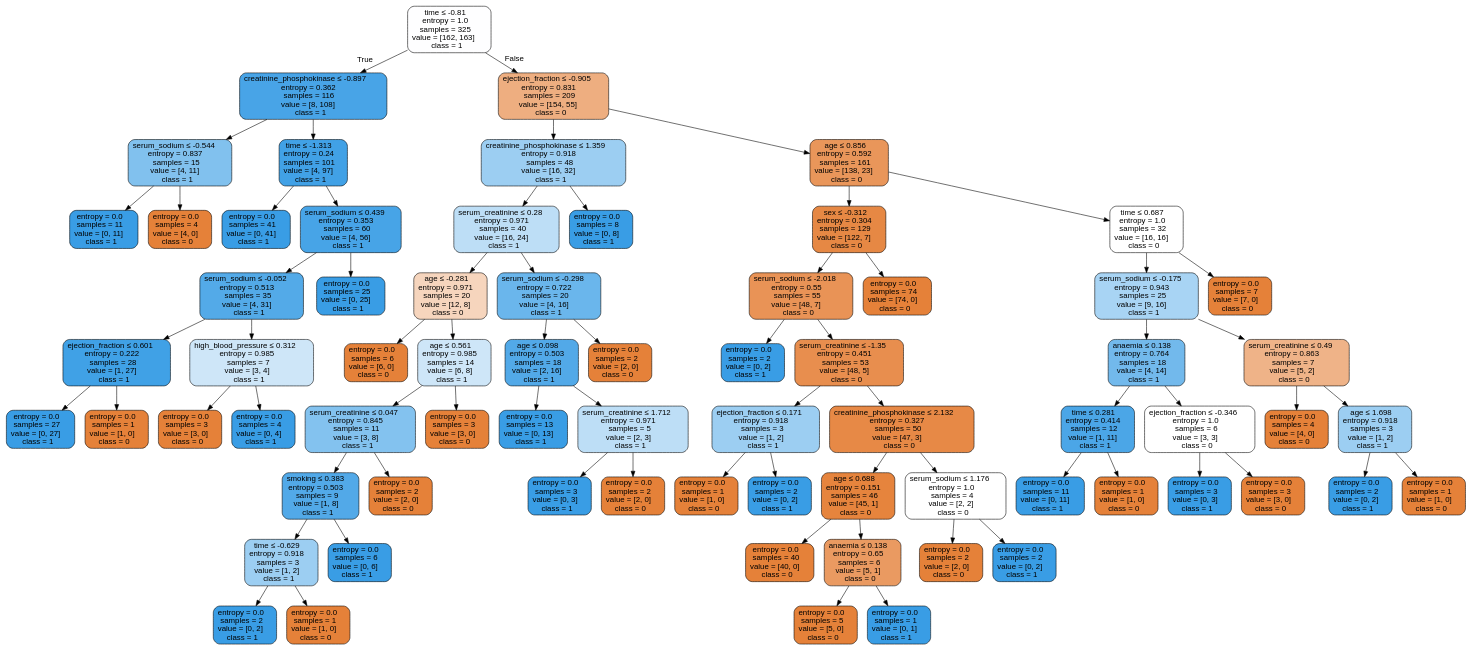
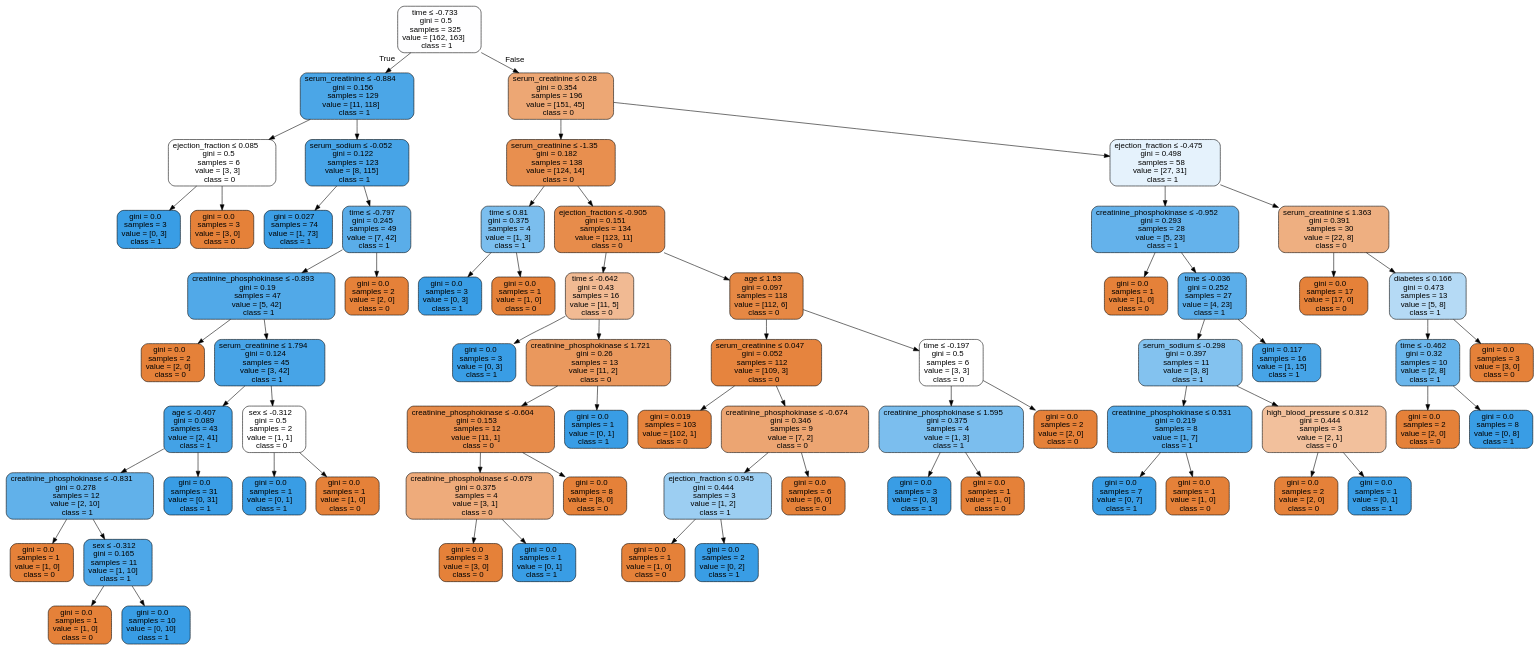
One commit to isabelSoares/CD-2021 changed the diagram in Labs/Results/DecisionTrees/FeatureEng/OverSample/HFCR - OverSample - dtree.dot. Above: the diagram before and after it, drawn with Graphviz. The commit also changed 43 other files, not shown here.

```diff
--- a/Labs/Results/DecisionTrees/FeatureEng/OverSample/HFCR - OverSample - dtree.dot
+++ b/Labs/Results/DecisionTrees/FeatureEng/OverSample/HFCR - OverSample - dtree.dot
@@ -1,145 +1,141 @@
 digraph Tree {
 node [shape=box, style="filled, rounded", color="black", fontname=helvetica] ;
 edge [fontname=helvetica] ;
-0 [label=<time &le; -0.81<br/>entropy = 1.0<br/>samples = 325<br/>value = [162, 163]<br/>class = 1>, fillcolor="#fefeff"] ;
-1 [label=<creatinine_phosphokinase &le; -0.897<br/>entropy = 0.362<br/>samples = 116<br/>value = [8, 108]<br/>class = 1>, fillcolor="#48a4e7"] ;
+0 [label=<time &le; -0.733<br/>gini = 0.5<br/>samples = 325<br/>value = [162, 163]<br/>class = 1>, fillcolor="#fefeff"] ;
+1 [label=<serum_creatinine &le; -0.884<br/>gini = 0.156<br/>samples = 129<br/>value = [11, 118]<br/>class = 1>, fillcolor="#4ba6e7"] ;
 0 -> 1 [labeldistance=2.5, labelangle=45, headlabel="True"] ;
-2 [label=<serum_sodium &le; -0.544<br/>entropy = 0.837<br/>samples = 15<br/>value = [4, 11]<br/>class = 1>, fillcolor="#81c1ee"] ;
+2 [label=<ejection_fraction &le; 0.085<br/>gini = 0.5<br/>samples = 6<br/>value = [3, 3]<br/>class = 0>, fillcolor="#ffffff"] ;
 1 -> 2 ;
-3 [label=<entropy = 0.0<br/>samples = 11<br/>value = [0, 11]<br/>class = 1>, fillcolor="#399de5"] ;
+3 [label=<gini = 0.0<br/>samples = 3<br/>value = [0, 3]<br/>class = 1>, fillcolor="#399de5"] ;
 2 -> 3 ;
-4 [label=<entropy = 0.0<br/>samples = 4<br/>value = [4, 0]<br/>class = 0>, fillcolor="#e58139"] ;
+4 [label=<gini = 0.0<br/>samples = 3<br/>value = [3, 0]<br/>class = 0>, fillcolor="#e58139"] ;
 2 -> 4 ;
-5 [label=<time &le; -1.313<br/>entropy = 0.24<br/>samples = 101<br/>value = [4, 97]<br/>class = 1>, fillcolor="#41a1e6"] ;
+5 [label=<serum_sodium &le; -0.052<br/>gini = 0.122<br/>samples = 123<br/>value = [8, 115]<br/>class = 1>, fillcolor="#47a4e7"] ;
 1 -> 5 ;
-6 [label=<entropy = 0.0<br/>samples = 41<br/>value = [0, 41]<br/>class = 1>, fillcolor="#399de5"] ;
+6 [label=<gini = 0.027<br/>samples = 74<br/>value = [1, 73]<br/>class = 1>, fillcolor="#3c9ee5"] ;
 5 -> 6 ;
-7 [label=<serum_sodium &le; 0.439<br/>entropy = 0.353<br/>samples = 60<br/>value = [4, 56]<br/>class = 1>, fillcolor="#47a4e7"] ;
+7 [label=<time &le; -0.797<br/>gini = 0.245<br/>samples = 49<br/>value = [7, 42]<br/>class = 1>, fillcolor="#5aade9"] ;
 5 -> 7 ;
-8 [label=<serum_sodium &le; -0.052<br/>entropy = 0.513<br/>samples = 35<br/>value = [4, 31]<br/>class = 1>, fillcolor="#53aae8"] ;
+8 [label=<creatinine_phosphokinase &le; -0.893<br/>gini = 0.19<br/>samples = 47<br/>value = [5, 42]<br/>class = 1>, fillcolor="#51a9e8"] ;
 7 -> 8 ;
-9 [label=<ejection_fraction &le; 0.601<br/>entropy = 0.222<br/>samples = 28<br/>value = [1, 27]<br/>class = 1>, fillcolor="#40a1e6"] ;
+9 [label=<gini = 0.0<br/>samples = 2<br/>value = [2, 0]<br/>class = 0>, fillcolor="#e58139"] ;
 8 -> 9 ;
-10 [label=<entropy = 0.0<br/>samples = 27<br/>value = [0, 27]<br/>class = 1>, fillcolor="#399de5"] ;
-9 -> 10 ;
-11 [label=<entropy = 0.0<br/>samples = 1<br/>value = [1, 0]<br/>class = 0>, fillcolor="#e58139"] ;
-9 -> 11 ;
-12 [label=<high_blood_pressure &le; 0.312<br/>entropy = 0.985<br/>samples = 7<br/>value = [3, 4]<br/>class = 1>, fillcolor="#cee6f8"] ;
-8 -> 12 ;
-13 [label=<entropy = 0.0<br/>samples = 3<br/>value = [3, 0]<br/>class = 0>, fillcolor="#e58139"] ;
+10 [label=<serum_creatinine &le; 1.794<br/>gini = 0.124<br/>samples = 45<br/>value = [3, 42]<br/>class = 1>, fillcolor="#47a4e7"] ;
+8 -> 10 ;
+11 [label=<age &le; -0.407<br/>gini = 0.089<br/>samples = 43<br/>value = [2, 41]<br/>class = 1>, fillcolor="#43a2e6"] ;
+10 -> 11 ;
+12 [label=<creatinine_phosphokinase &le; -0.831<br/>gini = 0.278<br/>samples = 12<br/>value = [2, 10]<br/>class = 1>, fillcolor="#61b1ea"] ;
+11 -> 12 ;
+13 [label=<gini = 0.0<br/>samples = 1<br/>value = [1, 0]<br/>class = 0>, fillcolor="#e58139"] ;
 12 -> 13 ;
-14 [label=<entropy = 0.0<br/>samples = 4<br/>value = [0, 4]<br/>class = 1>, fillcolor="#399de5"] ;
+14 [label=<sex &le; -0.312<br/>gini = 0.165<br/>samples = 11<br/>value = [1, 10]<br/>class = 1>, fillcolor="#4da7e8"] ;
 12 -> 14 ;
-15 [label=<entropy = 0.0<br/>samples = 25<br/>value = [0, 25]<br/>class = 1>, fillcolor="#399de5"] ;
-7 -> 15 ;
-16 [label=<ejection_fraction &le; -0.905<br/>entropy = 0.831<br/>samples = 209<br/>value = [154, 55]<br/>class = 0>, fillcolor="#eeae80"] ;
-0 -> 16 [labeldistance=2.5, labelangle=-45, headlabel="False"] ;
-17 [label=<creatinine_phosphokinase &le; 1.359<br/>entropy = 0.918<br/>samples = 48<br/>value = [16, 32]<br/>class = 1>, fillcolor="#9ccef2"] ;
-16 -> 17 ;
-18 [label=<serum_creatinine &le; 0.28<br/>entropy = 0.971<br/>samples = 40<br/>value = [16, 24]<br/>class = 1>, fillcolor="#bddef6"] ;
-17 -> 18 ;
-19 [label=<age &le; -0.281<br/>entropy = 0.971<br/>samples = 20<br/>value = [12, 8]<br/>class = 0>, fillcolor="#f6d5bd"] ;
+15 [label=<gini = 0.0<br/>samples = 1<br/>value = [1, 0]<br/>class = 0>, fillcolor="#e58139"] ;
+14 -> 15 ;
+16 [label=<gini = 0.0<br/>samples = 10<br/>value = [0, 10]<br/>class = 1>, fillcolor="#399de5"] ;
+14 -> 16 ;
+17 [label=<gini = 0.0<br/>samples = 31<br/>value = [0, 31]<br/>class = 1>, fillcolor="#399de5"] ;
+11 -> 17 ;
+18 [label=<sex &le; -0.312<br/>gini = 0.5<br/>samples = 2<br/>value = [1, 1]<br/>class = 0>, fillcolor="#ffffff"] ;
+10 -> 18 ;
+19 [label=<gini = 0.0<br/>samples = 1<br/>value = [0, 1]<br/>class = 1>, fillcolor="#399de5"] ;
 18 -> 19 ;
-20 [label=<entropy = 0.0<br/>samples = 6<br/>value = [6, 0]<br/>class = 0>, fillcolor="#e58139"] ;
-19 -> 20 ;
-21 [label=<age &le; 0.561<br/>entropy = 0.985<br/>samples = 14<br/>value = [6, 8]<br/>class = 1>, fillcolor="#cee6f8"] ;
-19 -> 21 ;
-22 [label=<serum_creatinine &le; 0.047<br/>entropy = 0.845<br/>samples = 11<br/>value = [3, 8]<br/>class = 1>, fillcolor="#83c2ef"] ;
-21 -> 22 ;
-23 [label=<smoking &le; 0.383<br/>entropy = 0.503<br/>samples = 9<br/>value = [1, 8]<br/>class = 1>, fillcolor="#52a9e8"] ;
+20 [label=<gini = 0.0<br/>samples = 1<br/>value = [1, 0]<br/>class = 0>, fillcolor="#e58139"] ;
+18 -> 20 ;
+21 [label=<gini = 0.0<br/>samples = 2<br/>value = [2, 0]<br/>class = 0>, fillcolor="#e58139"] ;
+7 -> 21 ;
+22 [label=<serum_creatinine &le; 0.28<br/>gini = 0.354<br/>samples = 196<br/>value = [151, 45]<br/>class = 0>, fillcolor="#eda774"] ;
+0 -> 22 [labeldistance=2.5, labelangle=-45, headlabel="False"] ;
+23 [label=<serum_creatinine &le; -1.35<br/>gini = 0.182<br/>samples = 138<br/>value = [124, 14]<br/>class = 0>, fillcolor="#e88f4f"] ;
 22 -> 23 ;
-24 [label=<time &le; -0.629<br/>entropy = 0.918<br/>samples = 3<br/>value = [1, 2]<br/>class = 1>, fillcolor="#9ccef2"] ;
+24 [label=<time &le; 0.81<br/>gini = 0.375<br/>samples = 4<br/>value = [1, 3]<br/>class = 1>, fillcolor="#7bbeee"] ;
 23 -> 24 ;
-25 [label=<entropy = 0.0<br/>samples = 2<br/>value = [0, 2]<br/>class = 1>, fillcolor="#399de5"] ;
+25 [label=<gini = 0.0<br/>samples = 3<br/>value = [0, 3]<br/>class = 1>, fillcolor="#399de5"] ;
 24 -> 25 ;
-26 [label=<entropy = 0.0<br/>samples = 1<br/>value = [1, 0]<br/>class = 0>, fillcolor="#e58139"] ;
+26 [label=<gini = 0.0<br/>samples = 1<br/>value = [1, 0]<br/>class = 0>, fillcolor="#e58139"] ;
 24 -> 26 ;
-27 [label=<entropy = 0.0<br/>samples = 6<br/>value = [0, 6]<br/>class = 1>, fillcolor="#399de5"] ;
+27 [label=<ejection_fraction &le; -0.905<br/>gini = 0.151<br/>samples = 134<br/>value = [123, 11]<br/>class = 0>, fillcolor="#e78c4b"] ;
 23 -> 27 ;
-28 [label=<entropy = 0.0<br/>samples = 2<br/>value = [2, 0]<br/>class = 0>, fillcolor="#e58139"] ;
-22 -> 28 ;
-29 [label=<entropy = 0.0<br/>samples = 3<br/>value = [3, 0]<br/>class = 0>, fillcolor="#e58139"] ;
-21 -> 29 ;
-30 [label=<serum_sodium &le; -0.298<br/>entropy = 0.722<br/>samples = 20<br/>value = [4, 16]<br/>class = 1>, fillcolor="#6ab6ec"] ;
-18 -> 30 ;
-31 [label=<age &le; 0.098<br/>entropy = 0.503<br/>samples = 18<br/>value = [2, 16]<br/>class = 1>, fillcolor="#52a9e8"] ;
+28 [label=<time &le; -0.642<br/>gini = 0.43<br/>samples = 16<br/>value = [11, 5]<br/>class = 0>, fillcolor="#f1ba93"] ;
+27 -> 28 ;
+29 [label=<gini = 0.0<br/>samples = 3<br/>value = [0, 3]<br/>class = 1>, fillcolor="#399de5"] ;
+28 -> 29 ;
+30 [label=<creatinine_phosphokinase &le; 1.721<br/>gini = 0.26<br/>samples = 13<br/>value = [11, 2]<br/>class = 0>, fillcolor="#ea985d"] ;
+28 -> 30 ;
+31 [label=<creatinine_phosphokinase &le; -0.604<br/>gini = 0.153<br/>samples = 12<br/>value = [11, 1]<br/>class = 0>, fillcolor="#e78c4b"] ;
 30 -> 31 ;
-32 [label=<entropy = 0.0<br/>samples = 13<br/>value = [0, 13]<br/>class = 1>, fillcolor="#399de5"] ;
+32 [label=<creatinine_phosphokinase &le; -0.679<br/>gini = 0.375<br/>samples = 4<br/>value = [3, 1]<br/>class = 0>, fillcolor="#eeab7b"] ;
 31 -> 32 ;
-33 [label=<serum_creatinine &le; 1.712<br/>entropy = 0.971<br/>samples = 5<br/>value = [2, 3]<br/>class = 1>, fillcolor="#bddef6"] ;
-31 -> 33 ;
-34 [label=<entropy = 0.0<br/>samples = 3<br/>value = [0, 3]<br/>class = 1>, fillcolor="#399de5"] ;
-33 -> 34 ;
-35 [label=<entropy = 0.0<br/>samples = 2<br/>value = [2, 0]<br/>class = 0>, fillcolor="#e58139"] ;
-33 -> 35 ;
-36 [label=<entropy = 0.0<br/>samples = 2<br/>value = [2, 0]<br/>class = 0>, fillcolor="#e58139"] ;
+33 [label=<gini = 0.0<br/>samples = 3<br/>value = [3, 0]<br/>class = 0>, fillcolor="#e58139"] ;
+32 -> 33 ;
+34 [label=<gini = 0.0<br/>samples = 1<br/>value = [0, 1]<br/>class = 1>, fillcolor="#399de5"] ;
+32 -> 34 ;
+35 [label=<gini = 0.0<br/>samples = 8<br/>value = [8, 0]<br/>class = 0>, fillcolor="#e58139"] ;
+31 -> 35 ;
+36 [label=<gini = 0.0<br/>samples = 1<br/>value = [0, 1]<br/>class = 1>, fillcolor="#399de5"] ;
 30 -> 36 ;
-37 [label=<entropy = 0.0<br/>samples = 8<br/>value = [0, 8]<br/>class = 1>, fillcolor="#399de5"] ;
-17 -> 37 ;
-38 [label=<age &le; 0.856<br/>entropy = 0.592<br/>samples = 161<br/>value = [138, 23]<br/>class = 0>, fillcolor="#e9965a"] ;
-16 -> 38 ;
-39 [label=<sex &le; -0.312<br/>entropy = 0.304<br/>samples = 129<br/>value = [122, 7]<br/>class = 0>, fillcolor="#e68844"] ;
+37 [label=<age &le; 1.53<br/>gini = 0.097<br/>samples = 118<br/>value = [112, 6]<br/>class = 0>, fillcolor="#e68844"] ;
+27 -> 37 ;
+38 [label=<serum_creatinine &le; 0.047<br/>gini = 0.052<br/>samples = 112<br/>value = [109, 3]<br/>class = 0>, fillcolor="#e6843e"] ;
+37 -> 38 ;
+39 [label=<gini = 0.019<br/>samples = 103<br/>value = [102, 1]<br/>class = 0>, fillcolor="#e5823b"] ;
 38 -> 39 ;
-40 [label=<serum_sodium &le; -2.018<br/>entropy = 0.55<br/>samples = 55<br/>value = [48, 7]<br/>class = 0>, fillcolor="#e99356"] ;
-39 -> 40 ;
-41 [label=<entropy = 0.0<br/>samples = 2<br/>value = [0, 2]<br/>class = 1>, fillcolor="#399de5"] ;
+40 [label=<creatinine_phosphokinase &le; -0.674<br/>gini = 0.346<br/>samples = 9<br/>value = [7, 2]<br/>class = 0>, fillcolor="#eca572"] ;
+38 -> 40 ;
+41 [label=<ejection_fraction &le; 0.945<br/>gini = 0.444<br/>samples = 3<br/>value = [1, 2]<br/>class = 1>, fillcolor="#9ccef2"] ;
 40 -> 41 ;
-42 [label=<serum_creatinine &le; -1.35<br/>entropy = 0.451<br/>samples = 53<br/>value = [48, 5]<br/>class = 0>, fillcolor="#e88e4e"] ;
-40 -> 42 ;
-43 [label=<ejection_fraction &le; 0.171<br/>entropy = 0.918<br/>samples = 3<br/>value = [1, 2]<br/>class = 1>, fillcolor="#9ccef2"] ;
-42 -> 43 ;
-44 [label=<entropy = 0.0<br/>samples = 1<br/>value = [1, 0]<br/>class = 0>, fillcolor="#e58139"] ;
-43 -> 44 ;
-45 [label=<entropy = 0.0<br/>samples = 2<br/>value = [0, 2]<br/>class = 1>, fillcolor="#399de5"] ;
-43 -> 45 ;
-46 [label=<creatinine_phosphokinase &le; 2.132<br/>entropy = 0.327<br/>samples = 50<br/>value = [47, 3]<br/>class = 0>, fillcolor="#e78946"] ;
-42 -> 46 ;
-47 [label=<age &le; 0.688<br/>entropy = 0.151<br/>samples = 46<br/>value = [45, 1]<br/>class = 0>, fillcolor="#e6843d"] ;
+42 [label=<gini = 0.0<br/>samples = 1<br/>value = [1, 0]<br/>class = 0>, fillcolor="#e58139"] ;
+41 -> 42 ;
+43 [label=<gini = 0.0<br/>samples = 2<br/>value = [0, 2]<br/>class = 1>, fillcolor="#399de5"] ;
+41 -> 43 ;
+44 [label=<gini = 0.0<br/>samples = 6<br/>value = [6, 0]<br/>class = 0>, fillcolor="#e58139"] ;
+40 -> 44 ;
+45 [label=<time &le; -0.197<br/>gini = 0.5<br/>samples = 6<br/>value = [3, 3]<br/>class = 0>, fillcolor="#ffffff"] ;
+37 -> 45 ;
+46 [label=<creatinine_phosphokinase &le; 1.595<br/>gini = 0.375<br/>samples = 4<br/>value = [1, 3]<br/>class = 1>, fillcolor="#7bbeee"] ;
+45 -> 46 ;
+47 [label=<gini = 0.0<br/>samples = 3<br/>value = [0, 3]<br/>class = 1>, fillcolor="#399de5"] ;
 46 -> 47 ;
-48 [label=<entropy = 0.0<br/>samples = 40<br/>value = [40, 0]<br/>class = 0>, fillcolor="#e58139"] ;
-47 -> 48 ;
-49 [label=<anaemia &le; 0.138<br/>entropy = 0.65<br/>samples = 6<br/>value = [5, 1]<br/>class = 0>, fillcolor="#ea9a61"] ;
-47 -> 49 ;
-50 [label=<entropy = 0.0<br/>samples = 5<br/>value = [5, 0]<br/>class = 0>, fillcolor="#e58139"] ;
-49 -> 50 ;
-51 [label=<entropy = 0.0<br/>samples = 1<br/>value = [0, 1]<br/>class = 1>, fillcolor="#399de5"] ;
-49 -> 51 ;
-52 [label=<serum_sodium &le; 1.176<br/>entropy = 1.0<br/>samples = 4<br/>value = [2, 2]<br/>class = 0>, fillcolor="#ffffff"] ;
-46 -> 52 ;
-53 [label=<entropy = 0.0<br/>samples = 2<br/>value = [2, 0]<br/>class = 0>, fillcolor="#e58139"] ;
-52 -> 53 ;
-54 [label=<entropy = 0.0<br/>samples = 2<br/>value = [0, 2]<br/>class = 1>, fillcolor="#399de5"] ;
-52 -> 54 ;
-55 [label=<entropy = 0.0<br/>samples = 74<br/>value = [74, 0]<br/>class = 0>, fillcolor="#e58139"] ;
-39 -> 55 ;
-56 [label=<time &le; 0.687<br/>entropy = 1.0<br/>samples = 32<br/>value = [16, 16]<br/>class = 0>, fillcolor="#ffffff"] ;
-38 -> 56 ;
-57 [label=<serum_sodium &le; -0.175<br/>entropy = 0.943<br/>samples = 25<br/>value = [9, 16]<br/>class = 1>, fillcolor="#a8d4f4"] ;
-56 -> 57 ;
-58 [label=<anaemia &le; 0.138<br/>entropy = 0.764<br/>samples = 18<br/>value = [4, 14]<br/>class = 1>, fillcolor="#72b9ec"] ;
-57 -> 58 ;
-59 [label=<time &le; 0.281<br/>entropy = 0.414<br/>samples = 12<br/>value = [1, 11]<br/>class = 1>, fillcolor="#4ba6e7"] ;
+48 [label=<gini = 0.0<br/>samples = 1<br/>value = [1, 0]<br/>class = 0>, fillcolor="#e58139"] ;
+46 -> 48 ;
+49 [label=<gini = 0.0<br/>samples = 2<br/>value = [2, 0]<br/>class = 0>, fillcolor="#e58139"] ;
+45 -> 49 ;
+50 [label=<ejection_fraction &le; -0.475<br/>gini = 0.498<br/>samples = 58<br/>value = [27, 31]<br/>class = 1>, fillcolor="#e5f2fc"] ;
+22 -> 50 ;
+51 [label=<creatinine_phosphokinase &le; -0.952<br/>gini = 0.293<br/>samples = 28<br/>value = [5, 23]<br/>class = 1>, fillcolor="#64b2eb"] ;
+50 -> 51 ;
+52 [label=<gini = 0.0<br/>samples = 1<br/>value = [1, 0]<br/>class = 0>, fillcolor="#e58139"] ;
+51 -> 52 ;
+53 [label=<time &le; -0.036<br/>gini = 0.252<br/>samples = 27<br/>value = [4, 23]<br/>class = 1>, fillcolor="#5baeea"] ;
+51 -> 53 ;
+54 [label=<serum_sodium &le; -0.298<br/>gini = 0.397<br/>samples = 11<br/>value = [3, 8]<br/>class = 1>, fillcolor="#83c2ef"] ;
+53 -> 54 ;
+55 [label=<creatinine_phosphokinase &le; 0.531<br/>gini = 0.219<br/>samples = 8<br/>value = [1, 7]<br/>class = 1>, fillcolor="#55abe9"] ;
+54 -> 55 ;
+56 [label=<gini = 0.0<br/>samples = 7<br/>value = [0, 7]<br/>class = 1>, fillcolor="#399de5"] ;
+55 -> 56 ;
+57 [label=<gini = 0.0<br/>samples = 1<br/>value = [1, 0]<br/>class = 0>, fillcolor="#e58139"] ;
+55 -> 57 ;
+58 [label=<high_blood_pressure &le; 0.312<br/>gini = 0.444<br/>samples = 3<br/>value = [2, 1]<br/>class = 0>, fillcolor="#f2c09c"] ;
+54 -> 58 ;
+59 [label=<gini = 0.0<br/>samples = 2<br/>value = [2, 0]<br/>class = 0>, fillcolor="#e58139"] ;
 58 -> 59 ;
-60 [label=<entropy = 0.0<br/>samples = 11<br/>value = [0, 11]<br/>class = 1>, fillcolor="#399de5"] ;
-59 -> 60 ;
-61 [label=<entropy = 0.0<br/>samples = 1<br/>value = [1, 0]<br/>class = 0>, fillcolor="#e58139"] ;
-59 -> 61 ;
-62 [label=<ejection_fraction &le; -0.346<br/>entropy = 1.0<br/>samples = 6<br/>value = [3, 3]<br/>class = 0>, fillcolor="#ffffff"] ;
-58 -> 62 ;
-63 [label=<entropy = 0.0<br/>samples = 3<br/>value = [0, 3]<br/>class = 1>, fillcolor="#399de5"] ;
+60 [label=<gini = 0.0<br/>samples = 1<br/>value = [0, 1]<br/>class = 1>, fillcolor="#399de5"] ;
+58 -> 60 ;
+61 [label=<gini = 0.117<br/>samples = 16<br/>value = [1, 15]<br/>class = 1>, fillcolor="#46a4e7"] ;
+53 -> 61 ;
+62 [label=<serum_creatinine &le; 1.363<br/>gini = 0.391<br/>samples = 30<br/>value = [22, 8]<br/>class = 0>, fillcolor="#eeaf81"] ;
+50 -> 62 ;
+63 [label=<gini = 0.0<br/>samples = 17<br/>value = [17, 0]<br/>class = 0>, fillcolor="#e58139"] ;
 62 -> 63 ;
-64 [label=<entropy = 0.0<br/>samples = 3<br/>value = [3, 0]<br/>class = 0>, fillcolor="#e58139"] ;
+64 [label=<diabetes &le; 0.166<br/>gini = 0.473<br/>samples = 13<br/>value = [5, 8]<br/>class = 1>, fillcolor="#b5daf5"] ;
 62 -> 64 ;
-65 [label=<serum_creatinine &le; 0.49<br/>entropy = 0.863<br/>samples = 7<br/>value = [5, 2]<br/>class = 0>, fillcolor="#efb388"] ;
-57 -> 65 ;
-66 [label=<entropy = 0.0<br/>samples = 4<br/>value = [4, 0]<br/>class = 0>, fillcolor="#e58139"] ;
+65 [label=<time &le; -0.462<br/>gini = 0.32<br/>samples = 10<br/>value = [2, 8]<br/>class = 1>, fillcolor="#6ab6ec"] ;
+64 -> 65 ;
+66 [label=<gini = 0.0<br/>samples = 2<br/>value = [2, 0]<br/>class = 0>, fillcolor="#e58139"] ;
 65 -> 66 ;
-67 [label=<age &le; 1.698<br/>entropy = 0.918<br/>samples = 3<br/>value = [1, 2]<br/>class = 1>, fillcolor="#9ccef2"] ;
+67 [label=<gini = 0.0<br/>samples = 8<br/>value = [0, 8]<br/>class = 1>, fillcolor="#399de5"] ;
 65 -> 67 ;
-68 [label=<entropy = 0.0<br/>samples = 2<br/>value = [0, 2]<br/>class = 1>, fillcolor="#399de5"] ;
-67 -> 68 ;
-69 [label=<entropy = 0.0<br/>samples = 1<br/>value = [1, 0]<br/>class = 0>, fillcolor="#e58139"] ;
-67 -> 69 ;
-70 [label=<entropy = 0.0<br/>samples = 7<br/>value = [7, 0]<br/>class = 0>, fillcolor="#e58139"] ;
-56 -> 70 ;
+68 [label=<gini = 0.0<br/>samples = 3<br/>value = [3, 0]<br/>class = 0>, fillcolor="#e58139"] ;
+64 -> 68 ;
 }
```
